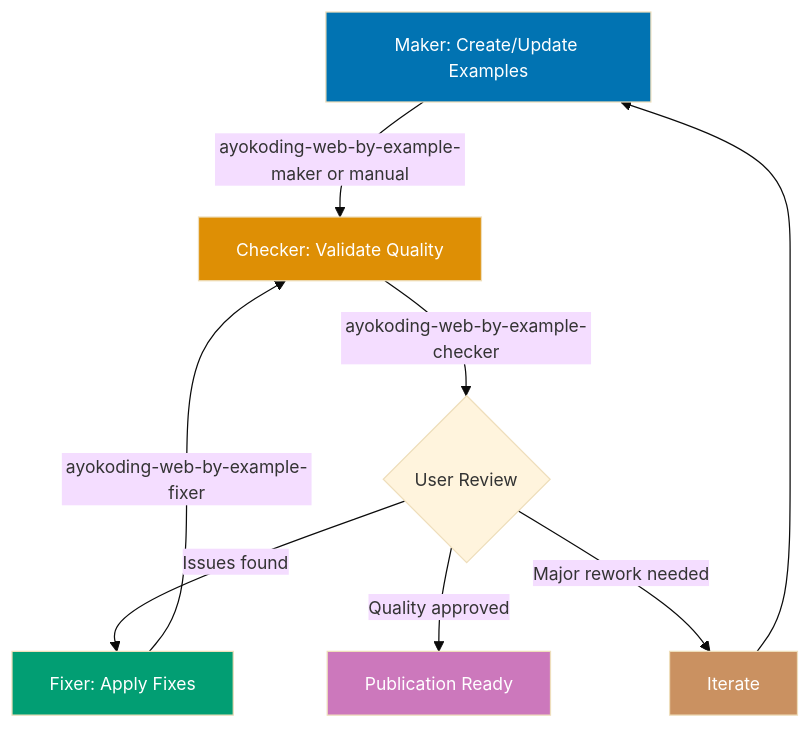
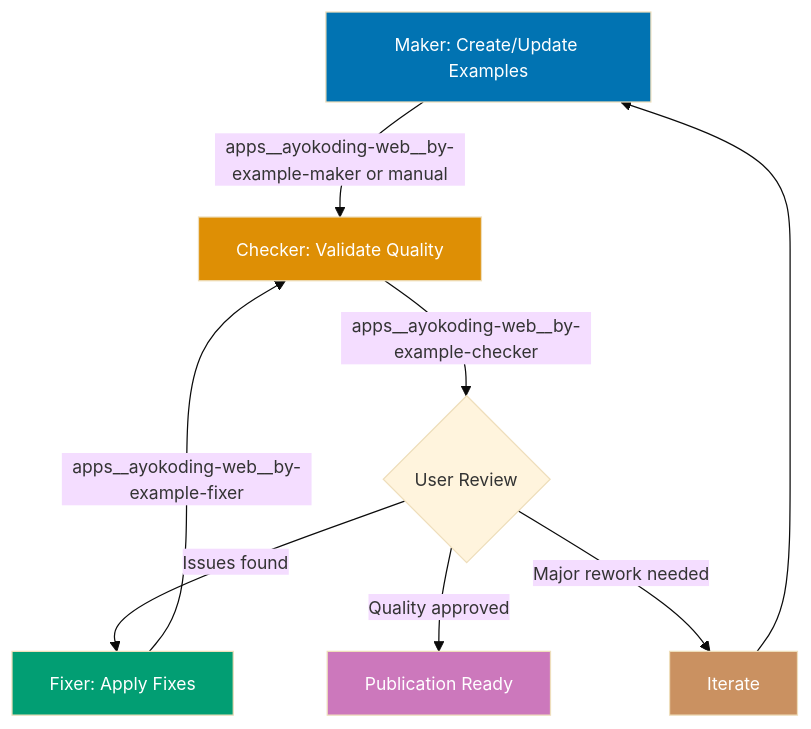
One commit to wahidyankf/open-sharia-enterprise changed the first of 3 diagrams in docs/explanation/workflows/ex-wf__ayokoding-web-by-example-quality-gate.md. Above: the diagram before and after it, drawn with Mermaid. The commit also changed other lines of this file and 5 other files, not shown here.

````diff
--- a/docs/explanation/workflows/ex-wf__ayokoding-web-by-example-quality-gate.md
+++ b/docs/explanation/workflows/ex-wf__ayokoding-web-by-example-quality-gate.md
@@ -64,24 +64,24 @@
 ```mermaid
 %%{init: {'theme':'base', 'themeVariables': { 'fontSize':'14px'}}}%%
 graph TB
     A[Maker: Create/Update Examples]
     B[Checker: Validate Quality]
     C{User Review}
     D[Fixer: Apply Fixes]
     E[Publication Ready]
     F[Iterate]
 
-    A -->|ayokoding-web-by-example-maker or manual| B
-    B -->|ayokoding-web-by-example-checker| C
+    A -->|apps__ayokoding-web__by-example-maker or manual| B
+    B -->|apps__ayokoding-web__by-example-checker| C
     C -->|Issues found| D
-    D -->|ayokoding-web-by-example-fixer| B
+    D -->|apps__ayokoding-web__by-example-fixer| B
     C -->|Quality approved| E
     C -->|Major rework needed| F
     F --> A
 
     style A fill:#0173B2,color:#fff
     style B fill:#DE8F05,color:#fff
     style D fill:#029E73,color:#fff
     style E fill:#CC78BC,color:#fff
     style F fill:#CA9161,color:#fff
 ```
````
